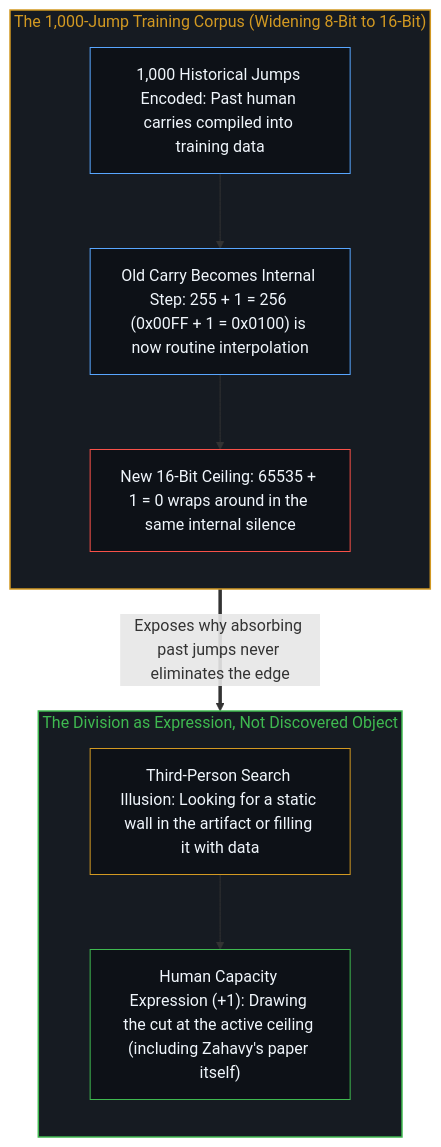
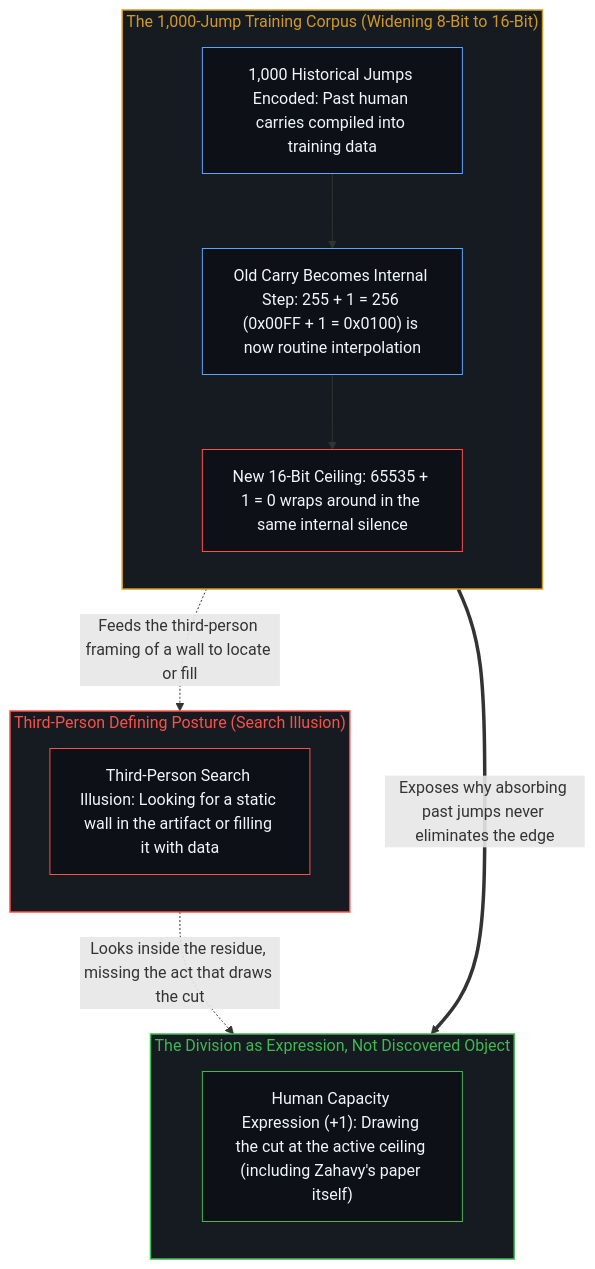
One commit to powerpig99/not-a-toe changed the fourth of 6 diagrams in content/posts/the-carry-that-cannot-be-named-inside-the-register.md. Above: the diagram before and after it, drawn with Mermaid. The commit also changed other lines of this file and 6 other files, not shown here.

````diff
--- a/content/posts/the-carry-that-cannot-be-named-inside-the-register.md
+++ b/content/posts/the-carry-that-cannot-be-named-inside-the-register.md
@@ -110,24 +115,29 @@
 ```mermaid
 flowchart TD
     subgraph S_Scale["The 1,000-Jump Training Corpus (Widening 8-Bit to 16-Bit)"]
         direction TB
         W_Data["1,000 Historical Jumps Encoded: Past human carries compiled into training data"]
         W_InReg["Old Carry Becomes Internal Step: 255 + 1 = 256 (0x00FF + 1 = 0x0100) is now routine interpolation"]
         W_NewCeil["New 16-Bit Ceiling: 65535 + 1 = 0 wraps around in the same internal silence"]
         W_Data --> W_InReg --> W_NewCeil
     end
+    subgraph S_Illusion["Third-Person Defining Posture (Search Illusion)"]
+        direction TB
+        E_Search["Third-Person Search Illusion: Looking for a static wall in the artifact or filling it with data"]
+    end
     subgraph S_Expr["The Division as Expression, Not Discovered Object"]
         direction TB
-        E_Search["Third-Person Search Illusion: Looking for a static wall in the artifact or filling it with data"]
         E_Act["Human Capacity Expression (+1): Drawing the cut at the active ceiling (including Zahavy's paper itself)"]
-        E_Search --> E_Act
     end
+    W_InReg -.->|"Feeds the third-person framing of a wall to locate or fill"| E_Search
     W_NewCeil ==>|"Exposes why absorbing past jumps never eliminates the edge"| E_Act
+    E_Search -.->|"Looks inside the residue, missing the act that draws the cut"| E_Act
     style S_Scale fill:#161b22,stroke:#d29922,stroke-width:1.5px,color:#d29922
+    style S_Illusion fill:#161b22,stroke:#f85149,stroke-width:1.5px,color:#f85149
     style S_Expr fill:#161b22,stroke:#3fb950,stroke-width:1.5px,color:#3fb950
     style W_Data fill:#0d1117,stroke:#58a6ff,stroke-width:1px,color:#f0f6fc
     style W_InReg fill:#0d1117,stroke:#58a6ff,stroke-width:1px,color:#f0f6fc
     style W_NewCeil fill:#0d1117,stroke:#f85149,stroke-width:1px,color:#f0f6fc
-    style E_Search fill:#0d1117,stroke:#d29922,stroke-width:1px,color:#f0f6fc
+    style E_Search fill:#0d1117,stroke:#f85149,stroke-width:1px,color:#f0f6fc
     style E_Act fill:#0d1117,stroke:#3fb950,stroke-width:1px,color:#f0f6fc
 ```
````
